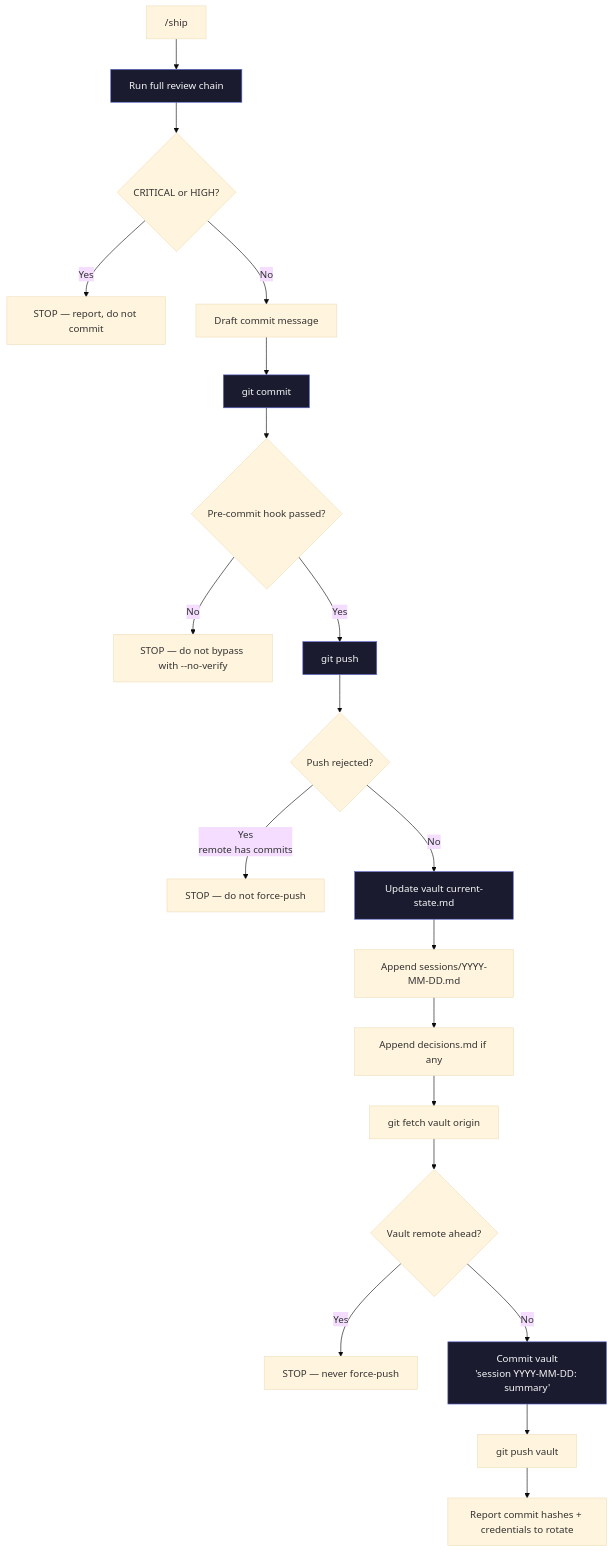
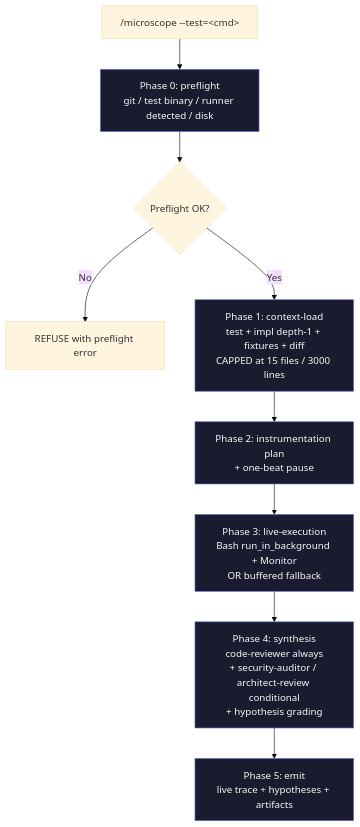
One commit to ziadmomen10/zaude changed the sixth of 7 diagrams in docs/05-commands.md. Above: the diagram before and after it, drawn with Mermaid (base theme). The commit also changed other lines of this file and 3 other files, not shown here.

````diff
--- a/docs/05-commands.md
+++ b/docs/05-commands.md
@@ -747,28 +753,18 @@
 ```mermaid
 flowchart TD
-    A["/ship"] --> B[Run full review chain]
-    B --> C{CRITICAL or HIGH?}
-    C -->|Yes| D[STOP — report, do not commit]
-    C -->|No| E[Draft commit message]
-    E --> F[git commit]
-    F --> G{Pre-commit hook passed?}
-    G -->|No| H[STOP — do not bypass with --no-verify]
-    G -->|Yes| I[git push]
-    I --> J{Push rejected?}
-    J -->|Yes<br/>remote has commits| K[STOP — do not force-push]
-    J -->|No| L[Update vault current-state.md]
-    L --> M[Append sessions/YYYY-MM-DD.md]
-    M --> N[Append decisions.md if any]
-    N --> O[git fetch vault origin]
-    O --> P{Vault remote ahead?}
-    P -->|Yes| Q[STOP — never force-push]
-    P -->|No| R[Commit vault<br/>'session YYYY-MM-DD: summary']
-    R --> S[git push vault]
-    S --> T[Report commit hashes + credentials to rotate]
+    A["/microscope --test=&lt;cmd&gt;"] --> B[Phase 0: preflight<br/>git / test binary / runner detected / disk]
+    B --> C{Preflight OK?}
+    C -->|No| D[REFUSE with preflight error]
+    C -->|Yes| E[Phase 1: context-load<br/>test + impl depth-1 + fixtures + diff<br/>CAPPED at 15 files / 3000 lines]
+    E --> F[Phase 2: instrumentation plan<br/>+ one-beat pause]
+    F --> G[Phase 3: live-execution<br/>Bash run_in_background + Monitor<br/>OR buffered fallback]
+    G --> H[Phase 4: synthesis<br/>code-reviewer always<br/>+ security-auditor / architect-review conditional<br/>+ hypothesis grading]
+    H --> I[Phase 5: emit<br/>live trace + hypotheses + artifacts]
 
     style B fill:#1a1b2e,stroke:#5e6ad2,color:#f7f8f8
+    style E fill:#1a1b2e,stroke:#5e6ad2,color:#f7f8f8
     style F fill:#1a1b2e,stroke:#5e6ad2,color:#f7f8f8
+    style G fill:#1a1b2e,stroke:#5e6ad2,color:#f7f8f8
+    style H fill:#1a1b2e,stroke:#5e6ad2,color:#f7f8f8
     style I fill:#1a1b2e,stroke:#5e6ad2,color:#f7f8f8
-    style L fill:#1a1b2e,stroke:#5e6ad2,color:#f7f8f8
-    style R fill:#1a1b2e,stroke:#5e6ad2,color:#f7f8f8
 ```
````
